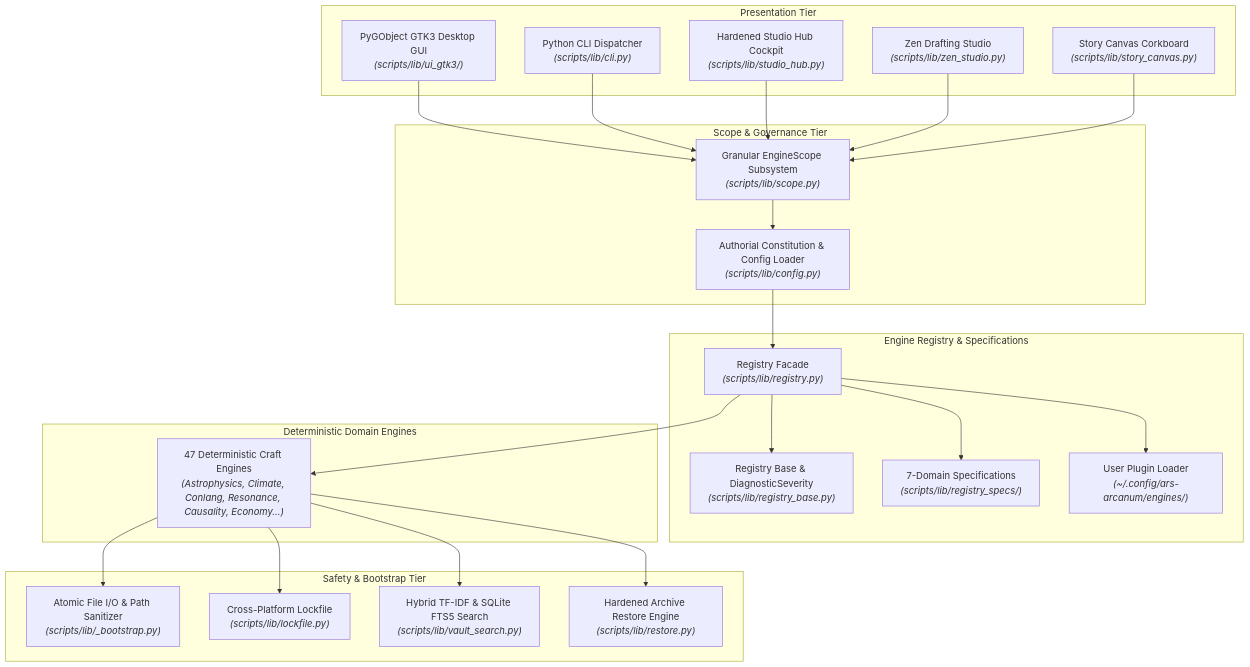
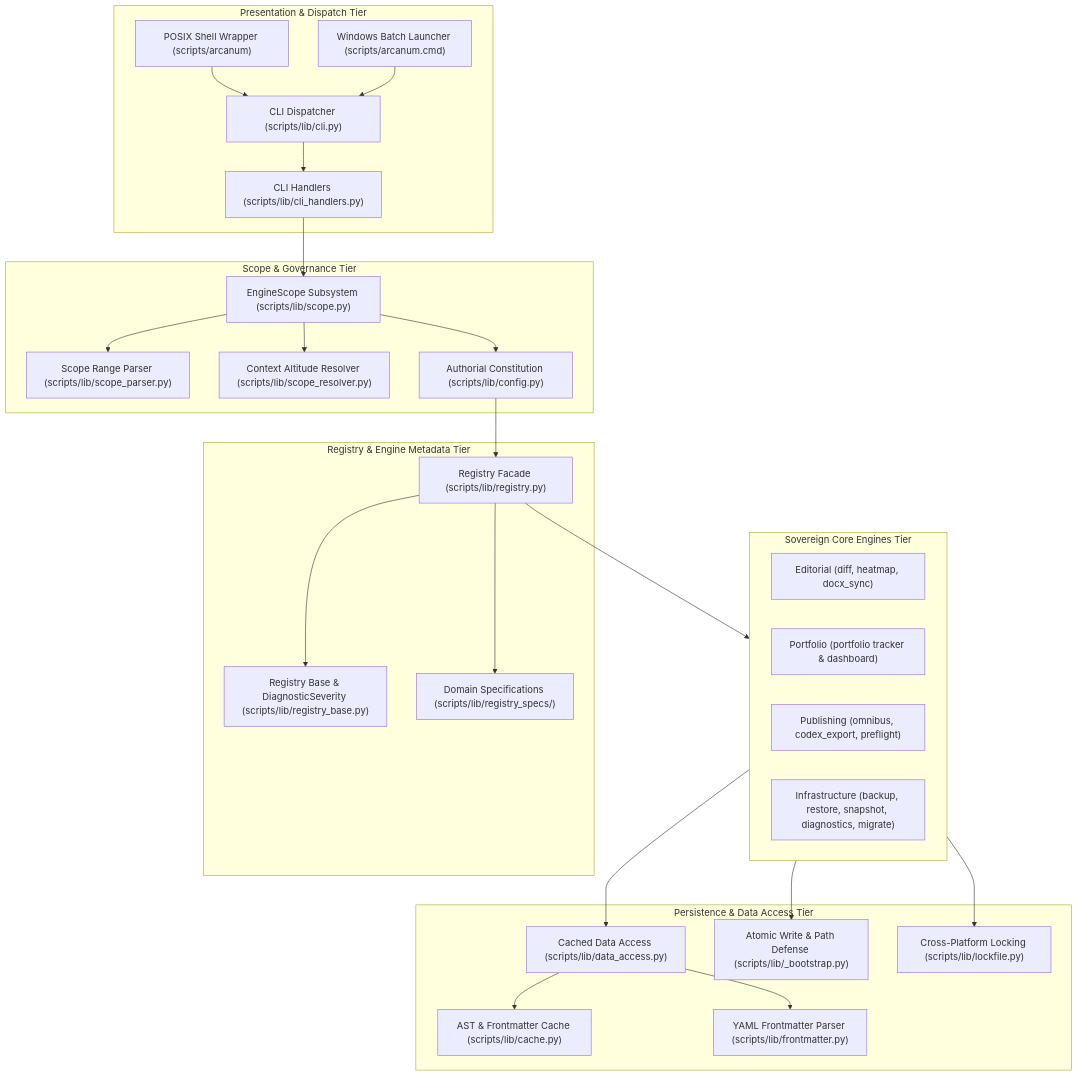
One commit to aryansinghnagar/Ars-Arcanum changed the second of 7 diagrams in docs/ARCHITECTURE.md. Above: the diagram before and after it, drawn with Mermaid. The commit also changed other lines of this file and 34 other files, not shown here.

First line of the commit message:
feat(docs & core): update authoritative architecture blueprint and harden core primitives

````diff
--- a/docs/ARCHITECTURE.md
+++ b/docs/ARCHITECTURE.md
@@ -176,51 +236,54 @@
 ```mermaid
 flowchart TD
-    subgraph Presentation Tier
-        GUI["PyGObject GTK3 Desktop GUI<br/><i>(scripts/lib/ui_gtk3/)</i>"]
-        CLI["Python CLI Dispatcher<br/><i>(scripts/lib/cli.py)</i>"]
-        HUB["Hardened Studio Hub Cockpit<br/><i>(scripts/lib/studio_hub.py)</i>"]
-        ZEN["Zen Drafting Studio<br/><i>(scripts/lib/zen_studio.py)</i>"]
-        CANVAS["Story Canvas Corkboard<br/><i>(scripts/lib/story_canvas.py)</i>"]
+    subgraph PresentationTier["Presentation & Dispatch Tier"]
+        CLI["CLI Dispatcher (scripts/lib/cli.py)"]
+        HANDLERS["CLI Handlers (scripts/lib/cli_handlers.py)"]
+        POSIX_BOOT["POSIX Shell Wrapper (scripts/arcanum)"]
+        WIN_BOOT["Windows Batch Launcher (scripts/arcanum.cmd)"]
     end
 
-    subgraph Scope & Governance Tier
-        SCOPE["Granular EngineScope Subsystem<br/><i>(scripts/lib/scope.py)</i>"]
-        CONST["Authorial Constitution & Config Loader<br/><i>(scripts/lib/config.py)</i>"]
+    subgraph ScopeGovernanceTier["Scope & Governance Tier"]
+        SCOPE["EngineScope Subsystem (scripts/lib/scope.py)"]
+        SCOPE_PARSER["Scope Range Parser (scripts/lib/scope_parser.py)"]
+        SCOPE_RESOLVER["Context Altitude Resolver (scripts/lib/scope_resolver.py)"]
+        CONST["Authorial Constitution (scripts/lib/config.py)"]
     end
 
-    subgraph Engine Registry & Specifications
-        REG_FACADE["Registry Facade<br/><i>(scripts/lib/registry.py)</i>"]
-        REG_BASE["Registry Base & DiagnosticSeverity<br/><i>(scripts/lib/registry_base.py)</i>"]
-        REG_SPECS["7-Domain Specifications<br/><i>(scripts/lib/registry_specs/)</i>"]
-        PLUGINS["User Plugin Loader<br/><i>(~/.config/ars-arcanum/engines/)</i>"]
+    subgraph RegistryTier["Registry & Engine Metadata Tier"]
+        REG_FACADE["Registry Facade (scripts/lib/registry.py)"]
+        REG_BASE["Registry Base & DiagnosticSeverity (scripts/lib/registry_base.py)"]
+        REG_SPECS["Domain Specifications (scripts/lib/registry_specs/)"]
     end
 
-    subgraph Deterministic Domain Engines
-        ENGINES["47 Deterministic Craft Engines<br/><i>(Astrophysics, Climate, Conlang, Resonance, Causality, Economy...)</i>"]
+    subgraph CoreEnginesTier["Sovereign Core Engines Tier"]
+        EDITORIAL["Editorial (diff, heatmap, docx_sync)"]
+        PORTFOLIO["Portfolio (portfolio tracker & dashboard)"]
+        PUBLISHING["Publishing (omnibus, codex_export, preflight)"]
+        INFRA["Infrastructure (backup, restore, snapshot, diagnostics, migrate)"]
     end
 
-    subgraph Safety & Bootstrap Tier
-        BOOT["Atomic File I/O & Path Sanitizer<br/><i>(scripts/lib/_bootstrap.py)</i>"]
-        LOCK["Cross-Platform Lockfile<br/><i>(scripts/lib/lockfile.py)</i>"]
-        FTS["Hybrid TF-IDF & SQLite FTS5 Search<br/><i>(scripts/lib/vault_search.py)</i>"]
-        RESTORE["Hardened Archive Restore Engine<br/><i>(scripts/lib/restore.py)</i>"]
+    subgraph DataStorageTier["Persistence & Data Access Tier"]
+        DATA_ACCESS["Cached Data Access (scripts/lib/data_access.py)"]
+        CACHE["AST & Frontmatter Cache (scripts/lib/cache.py)"]
+        FRONTMATTER["YAML Frontmatter Parser (scripts/lib/frontmatter.py)"]
+        BOOTSTRAP["Atomic Write & Path Defense (scripts/lib/_bootstrap.py)"]
+        LOCKFILE["Cross-Platform Locking (scripts/lib/lockfile.py)"]
     end
 
-    GUI --> SCOPE
-    CLI --> SCOPE
-    HUB --> SCOPE
-    ZEN --> SCOPE
-    CANVAS --> SCOPE
-
+    POSIX_BOOT --> CLI
+    WIN_BOOT --> CLI
+    CLI --> HANDLERS
+    HANDLERS --> SCOPE
+    SCOPE --> SCOPE_PARSER
+    SCOPE --> SCOPE_RESOLVER
     SCOPE --> CONST
     CONST --> REG_FACADE
     REG_FACADE --> REG_BASE
     REG_FACADE --> REG_SPECS
-    REG_FACADE --> PLUGINS
-    REG_FACADE --> ENGINES
-
-    ENGINES --> BOOT
-    ENGINES --> LOCK
-    ENGINES --> FTS
-    ENGINES --> RESTORE
+    REG_FACADE --> CoreEnginesTier
+    CoreEnginesTier --> DATA_ACCESS
+    DATA_ACCESS --> CACHE
+    DATA_ACCESS --> FRONTMATTER
+    CoreEnginesTier --> BOOTSTRAP
+    CoreEnginesTier --> LOCKFILE
 ```
````
